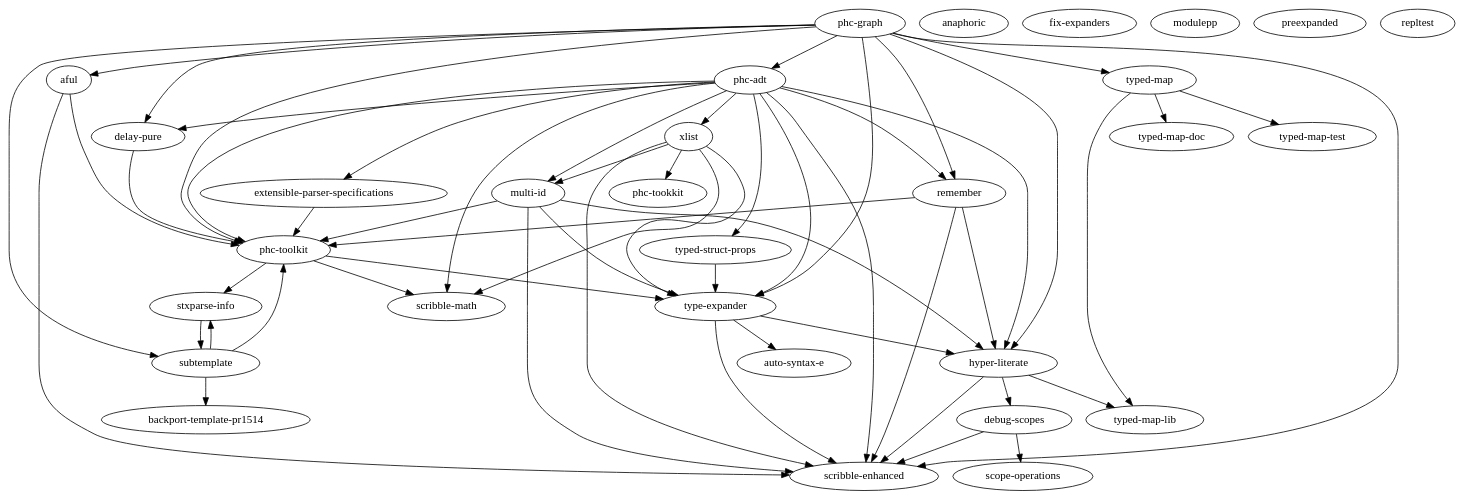
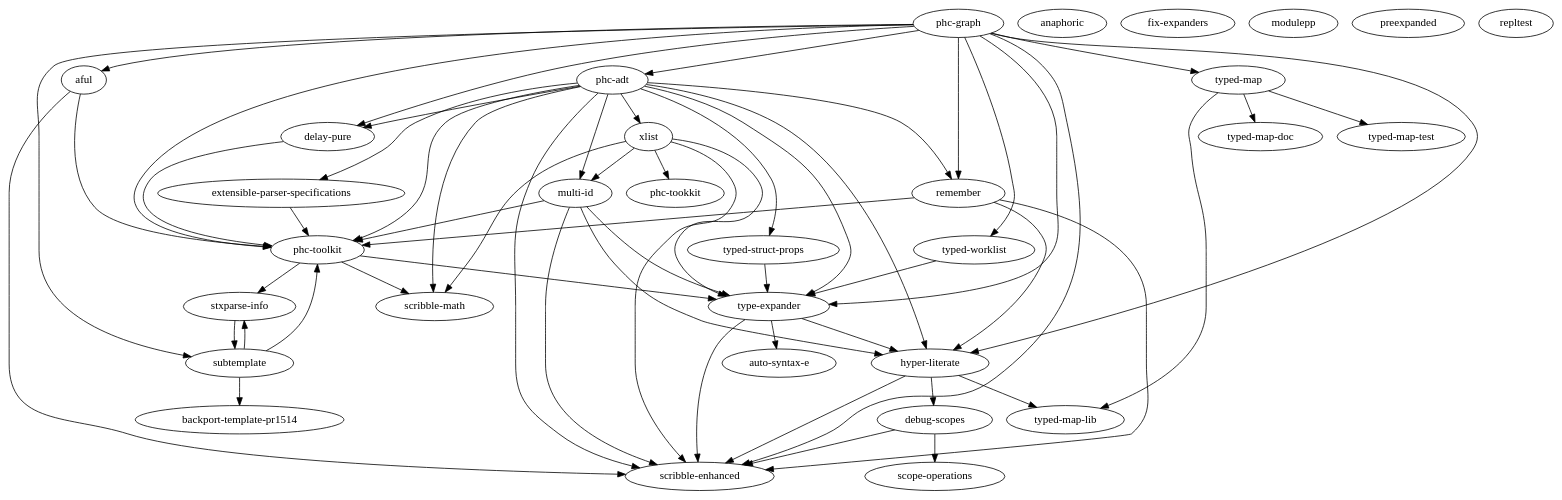
The diagram in packages.dot (SuzanneSoy/my-racket-packages), drawn with Graphviz before and after one commit.

Commit message:
Added typed-worklist package in the .dot

```diff
--- a/packages.dot
+++ b/packages.dot
@@ -1,67 +1,69 @@
 digraph packages {
   "aful" -> "phc-toolkit"
   "aful" -> "scribble-enhanced"
   "anaphoric"
   "auto-syntax-e"
   "debug-scopes" -> "scribble-enhanced"
   "debug-scopes" -> "scope-operations"
   "delay-pure" -> "phc-toolkit"
   "extensible-parser-specifications" -> "phc-toolkit"
   "fix-expanders"
   "hyper-literate" -> "debug-scopes"
   "hyper-literate" -> "scribble-enhanced"
   "hyper-literate" -> "typed-map-lib"
   "modulepp"
   "multi-id" -> "hyper-literate"
   "multi-id" -> "phc-toolkit"
   "multi-id" -> "scribble-enhanced"
   "multi-id" -> "type-expander"
   "phc-adt" -> "delay-pure"
   "phc-adt" -> "extensible-parser-specifications"
   "phc-adt" -> "hyper-literate"
   "phc-adt" -> "multi-id"
   "phc-adt" -> "phc-toolkit"
   "phc-adt" -> "remember"
   "phc-adt" -> "scribble-enhanced"
   "phc-adt" -> "scribble-math"
   "phc-adt" -> "typed-struct-props"
   "phc-adt" -> "type-expander"
   "phc-adt" -> "xlist"
   "phc-graph" -> "aful"
   "phc-graph" -> "delay-pure"
   "phc-graph" -> "hyper-literate"
   "phc-graph" -> "phc-adt"
   "phc-graph" -> "phc-toolkit"
   "phc-graph" -> "remember"
   "phc-graph" -> "scribble-enhanced"
   "phc-graph" -> "subtemplate"
   "phc-graph" -> "typed-map"
   "phc-graph" -> "type-expander"
+  "phc-graph" -> "typed-worklist"
   "phc-toolkit" -> "scribble-math"
   "phc-toolkit" -> "type-expander"
   "phc-toolkit" -> "stxparse-info"
+  "typed-worklist" -> "type-expander"
   "preexpanded"
   "remember" -> "hyper-literate"
   "remember" -> "phc-toolkit"
   "remember" -> "scribble-enhanced"
   "repltest"
   "scope-operations"
   "scribble-enhanced"
   "scribble-math"
   "stxparse-info" -> "subtemplate"
   "subtemplate" -> "backport-template-pr1514"
   "subtemplate" -> "phc-toolkit"
   "subtemplate" -> "stxparse-info"
   "typed-map" -> "typed-map-doc"
   "typed-map" -> "typed-map-lib"
   "typed-map" -> "typed-map-test"
   "typed-struct-props" -> "type-expander"
   "type-expander" -> "auto-syntax-e"
   "type-expander" -> "hyper-literate"
   "type-expander" -> "scribble-enhanced"
   "xlist" -> "scribble-enhanced"
   "xlist" -> "multi-id"
   "xlist" -> "type-expander"
   "xlist" -> "phc-tookkit"
   "xlist" -> "scribble-math"
 }
```
